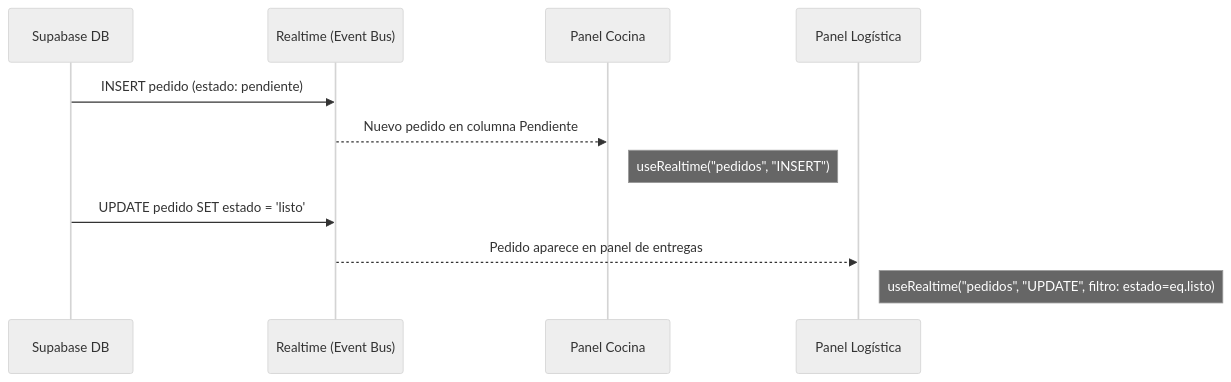
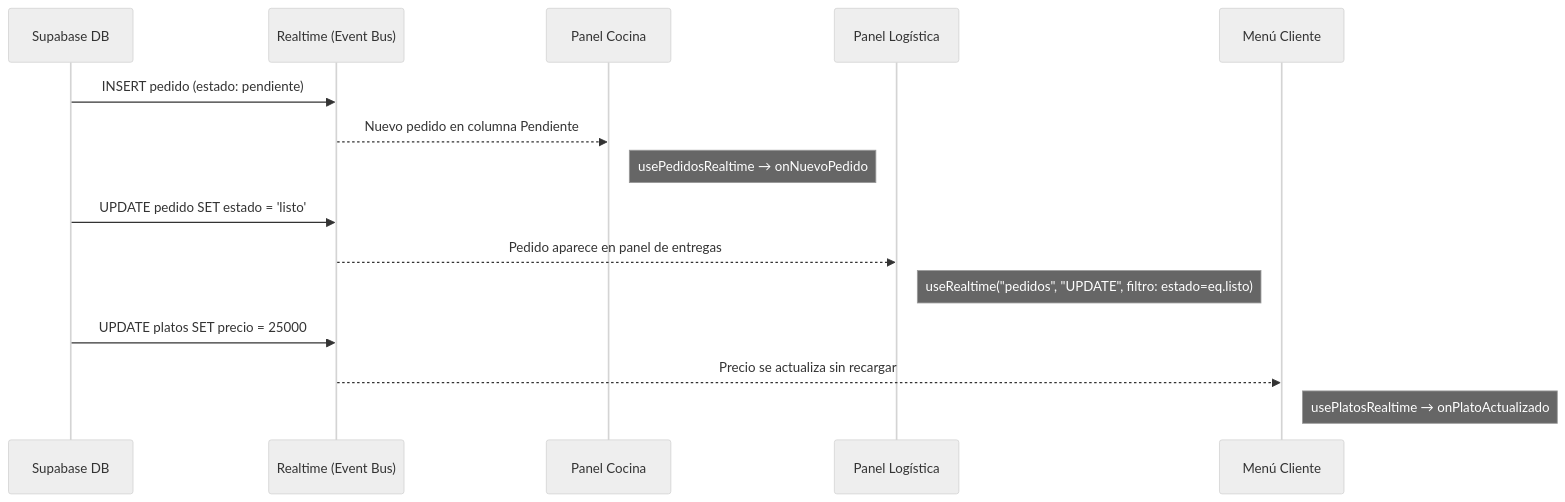
One commit to SLarkZ01/E-commerce-de-Restaurante changed the diagram in docs/04-patrones/observer.md. Above: the diagram before and after it, drawn with Mermaid (neutral theme). The commit also changed other lines of this file and 17 other files, not shown here.

First line of the commit message:
Novedades: Implementación de servicio en tiempo real y hooks para pedidos y platos

````diff
--- a/docs/04-patrones/observer.md
+++ b/docs/04-patrones/observer.md
@@ -33,15 +36,20 @@
 ```mermaid
 sequenceDiagram
     participant DB as Supabase DB
     participant RT as Realtime (Event Bus)
     participant CK as Panel Cocina
     participant LG as Panel Logística
+    participant MN as Menú Cliente
 
     DB->>RT: INSERT pedido (estado: pendiente)
     RT-->>CK: Nuevo pedido en columna Pendiente
-    Note right of CK: useRealtime("pedidos", "INSERT")
+    Note right of CK: usePedidosRealtime → onNuevoPedido
 
     DB->>RT: UPDATE pedido SET estado = 'listo'
     RT-->>LG: Pedido aparece en panel de entregas
     Note right of LG: useRealtime("pedidos", "UPDATE", filtro: estado=eq.listo)
+
+    DB->>RT: UPDATE platos SET precio = 25000
+    RT-->>MN: Precio se actualiza sin recargar
+    Note right of MN: usePlatosRealtime → onPlatoActualizado
 ```
````
